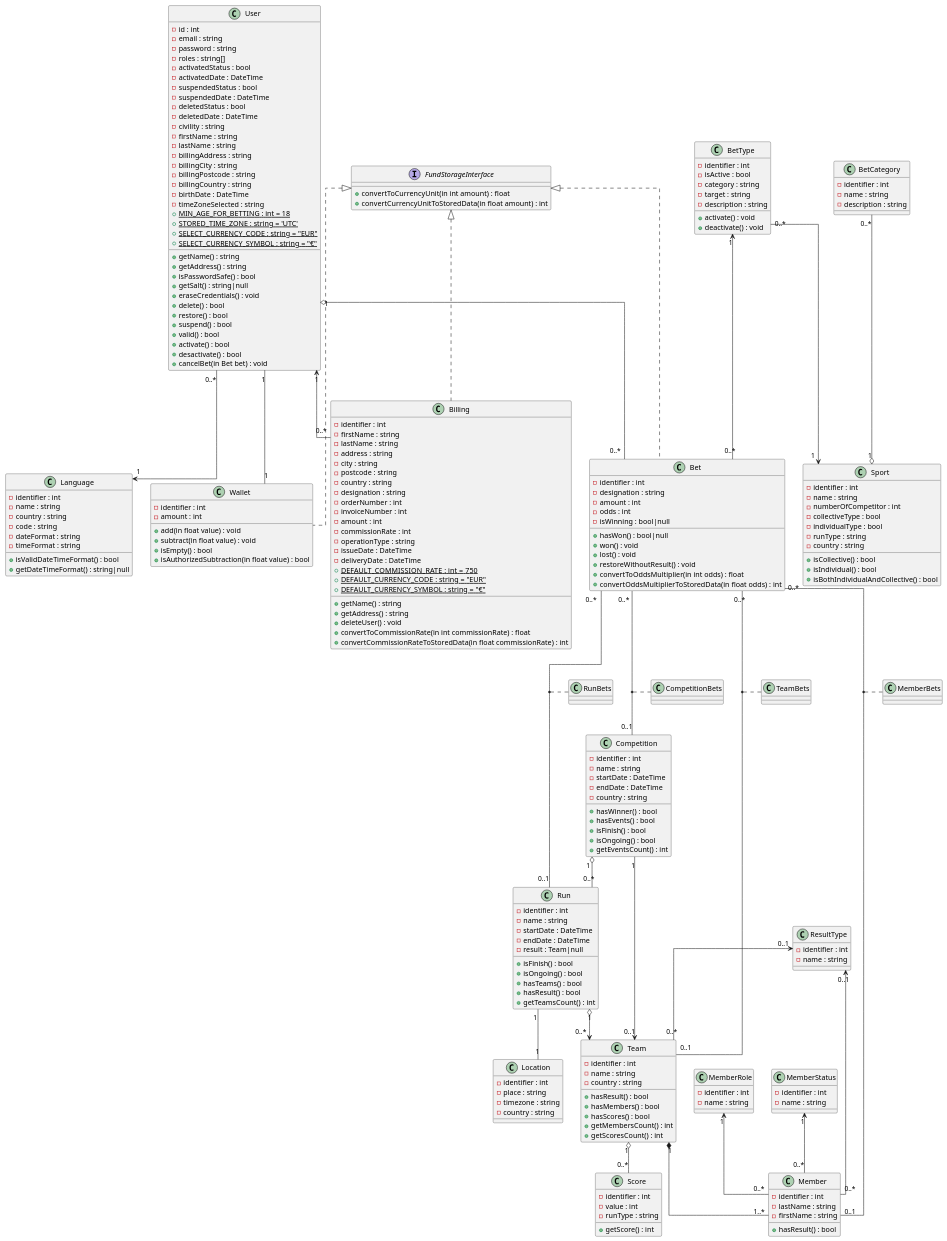
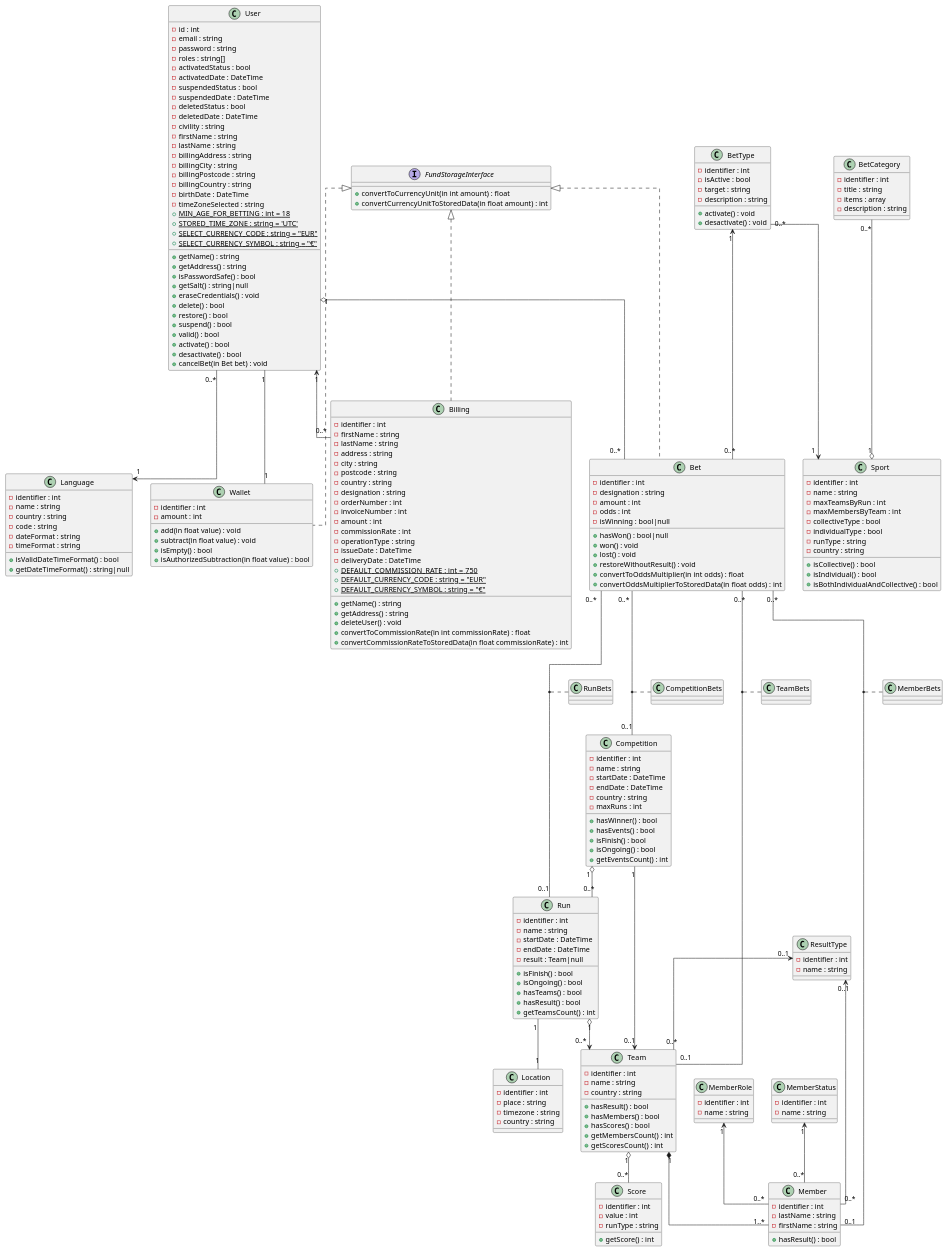
The diagram in docs/Uml/Diagramme_de_classe/Diagramme_de_classe.puml (OFP-CDA-Mulhouse-2020/parisportif5), drawn with PlantUML before and after one commit. The commit also changed 8 other files, not shown here.

Commit message:
2020-12-18 - #1 - Entité BetCategory et tests plus ajouts de propriétés à Competition et à BetType

```diff
--- a/docs/Uml/Diagramme_de_classe/Diagramme_de_classe.puml
+++ b/docs/Uml/Diagramme_de_classe/Diagramme_de_classe.puml
@@ -16,12 +16,8 @@
     BetType "0..*" --> "1" Sport
     'Une catégorie de paris est lié a un sport
     BetCategory "0..*" --o "1" Sport
-    'Une compétition a des événements
-    'Competition "1" o-- "0..*" Event
     'La compétition a une équipe gagnante
     Competition "1" --> "0..1" Team
-    'Un événement a plusieurs rencontre ou course
-    'Event "1" o-- "0..*" Run
     'Une compétition a plusieurs rencontre ou course
     Competition "1" o-- "0..*" Run
     'Une rencontre ou une course a un lieu
@@ -42,9 +38,6 @@
     MemberStatus "1" <-- "0..*" Member
     'Liaison potentiel entre un paris et une compétition
     Bet "0..*" -- "0..1" Competition
-    FundStorageInterface <|.. Billing
-    FundStorageInterface <|.. Wallet
-    FundStorageInterface <|.. Bet
     'Classe d'association entre paris et compétition
     (Bet, Competition) .. CompetitionBets
     'Liaison potentiel entre un paris et une rencontre ou course
@@ -59,6 +52,12 @@
     Bet "0..*" -- "0..1" Member
     'Classe d'association entre un paris et un membre
     (Bet, Member) .. MemberBets
+    'Implémentation de l'interface FundStorageInterface par l'entité Billing
+    FundStorageInterface <|.. Billing
+    'Implémentation de l'interface FundStorageInterface par l'entité Wallet
+    FundStorageInterface <|.. Wallet
+    'Implémentation de l'interface FundStorageInterface par l'entité Bet
+    FundStorageInterface <|.. Bet
 'Définitions des classes :
     'Pour convertir le montant enregistré dans la bdd en unité monétaire et vice versa
     interface FundStorageInterface {
@@ -182,16 +181,16 @@
     class BetType {
         -identifier : int
         -isActive : bool
-        -category : string
         -target : string
         -description : string
         +activate() : void
-        +deactivate() : void
+        +desactivate() : void
     }
     'Catégorie de paris (ex: Paris sur les résultats)
     class BetCategory {
         -identifier : int
-        -name : string
+        -title : string
+        -items : array
         -description : string
     }
     'Lieu de la rencontre/course
@@ -205,7 +204,8 @@
     class Sport {
         -identifier : int
         -name : string
-        -numberOfCompetitor : int
+        -maxTeamsByRun : int
+        -maxMembersByTeam : int
         -collectiveType : bool
         -individualType : bool
         -runType : string
@@ -221,19 +221,13 @@
         -startDate : DateTime
         -endDate : DateTime
         -country : string
+        -maxRuns : int
         +hasWinner() : bool
         +hasEvents() : bool
         +isFinish() : bool
         +isOngoing() : bool
         +getEventsCount() : int
     }
-    'Événement de la compétition (poul de qualification, Circuit F1 de france)
-    'class Event {
-    '    -identifier : int
-     '   -name : string
-    '    +hasRuns() : bool
-     '   +getRunsCount() : int
-    '}
     'Un match, une rencontre, une course
     class Run {
         -identifier : int
```
